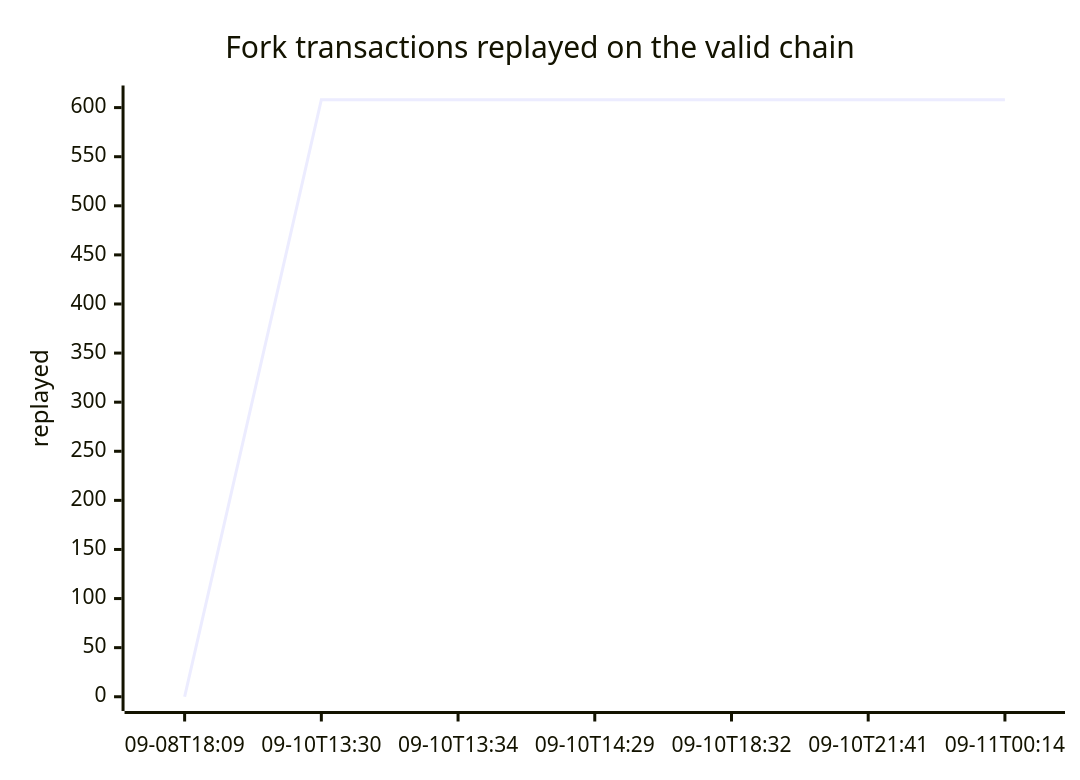
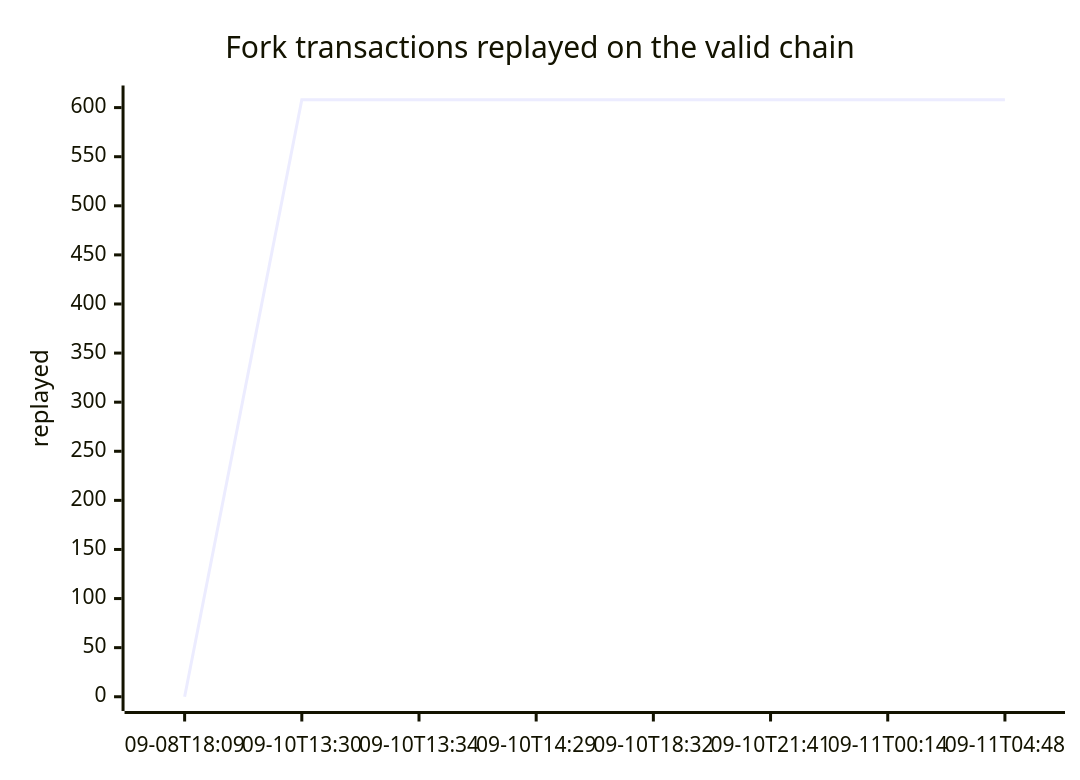
One commit to orangesurf/liquid-transaction-replay-monitor changed the first of 2 diagrams in README.md. Above: the diagram before and after it, drawn with Mermaid. The commit also changed other lines of this file and 2 other files, not shown here.

````diff
--- a/README.md
+++ b/README.md
@@ -24,7 +24,7 @@
 ```mermaid
 xychart-beta
     title "Fork transactions replayed on the valid chain"
-    x-axis ["09-08T18:09", "09-10T13:30", "09-10T13:34", "09-10T14:29", "09-10T18:32", "09-10T21:41", "09-11T00:14"]
+    x-axis ["09-08T18:09", "09-10T13:30", "09-10T13:34", "09-10T14:29", "09-10T18:32", "09-10T21:41", "09-11T00:14", "09-11T04:48"]
     y-axis "replayed" 0 --> 608
-    line [0, 608, 608, 608, 608, 608, 608]
+    line [0, 608, 608, 608, 608, 608, 608, 608]
 ```
````
